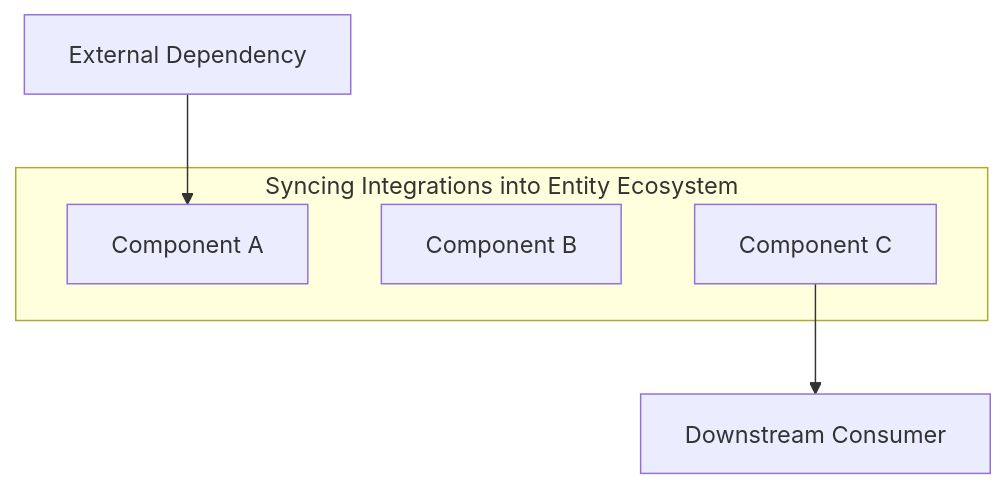
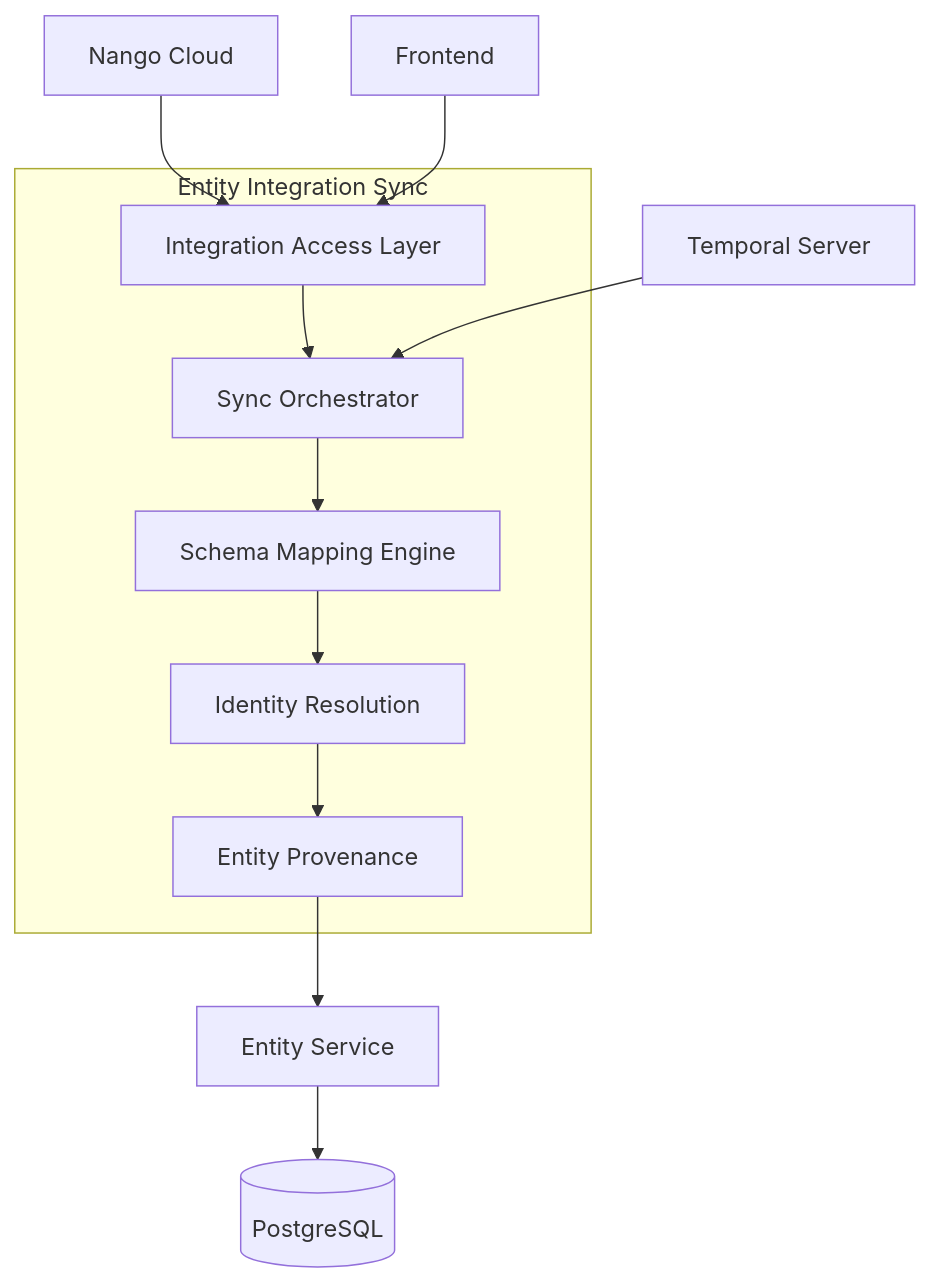
The first of 3 diagrams in docs/system-design/feature-design/_Sub-Domain Plans/Entity Integration Sync.md (rmr-studio/riven), drawn with Mermaid before and after one commit. The commit also changed other lines of this file and 46 other files, not shown here.

````diff
--- a/docs/system-design/feature-design/_Sub-Domain Plans/Entity Integration Sync.md
+++ b/docs/system-design/feature-design/_Sub-Domain Plans/Entity Integration Sync.md
@@ -41,11 +39,20 @@
 ```mermaid
 graph TD
-    subgraph "Syncing Integrations into Entity Ecosystem"
-        A[Component A]
-        B[Component B]
-        C[Component C]
+    subgraph "Entity Integration Sync"
+        IAL[Integration Access Layer]
+        SM[Schema Mapping Engine]
+        IR[Identity Resolution]
+        EP[Entity Provenance]
+        SO[Sync Orchestrator]
     end
 
-    External1[External Dependency] --> A
-    C --> External2[Downstream Consumer]
+    Nango[Nango Cloud] --> IAL
+    IAL --> SO
+    SO --> SM
+    SM --> IR
+    IR --> EP
+    EP --> ES[Entity Service]
+    ES --> DB[(PostgreSQL)]
+    Temporal[Temporal Server] --> SO
+    UI[Frontend] --> IAL
 ```
````
